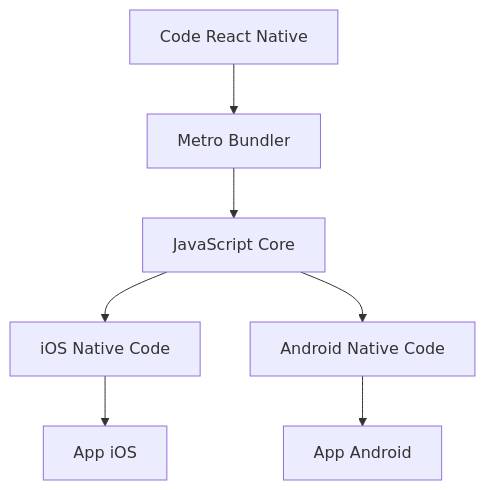
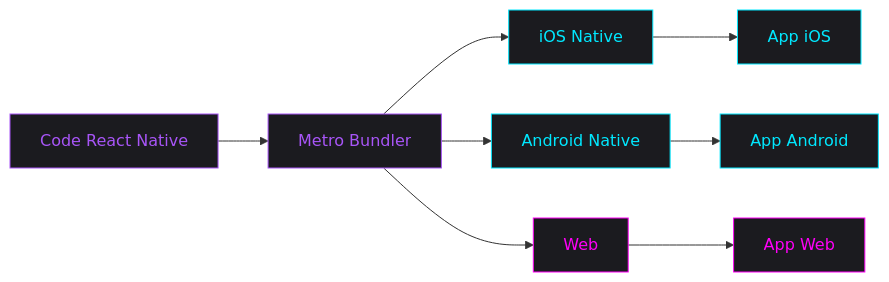
The diagram in slides.md (kimchouard/Universal-Beat-Play---Talk-Slideck), drawn with Mermaid before and after one commit. The commit also changed other lines of this file and 1 other file, not shown here.

Commit message:
Venn Diagram and Code example

````diff
--- a/slides.md
+++ b/slides.md
@@ -191,9 +263,19 @@
 ```mermaid
-graph TD
+graph LR
     A[Code React Native] --> B[Metro Bundler]
-    B --> C[JavaScript Core]
-    C --> D[iOS Native Code]
-    C --> E[Android Native Code]
-    D --> F[App iOS]
-    E --> G[App Android]
+    B --> C[iOS Native]
+    B --> D[Android Native]
+    B --> E[Web]
+    C --> F[App iOS]
+    D --> G[App Android]
+    E --> H[App Web]
+
+    style A fill:#1B1B1F,stroke:#A855F7,color:#A855F7
+    style B fill:#1B1B1F,stroke:#A855F7,color:#A855F7
+    style C fill:#1B1B1F,stroke:#00E8FF,color:#00E8FF
+    style D fill:#1B1B1F,stroke:#00E8FF,color:#00E8FF
+    style E fill:#1B1B1F,stroke:#FF00F7,color:#FF00F7
+    style F fill:#1B1B1F,stroke:#00E8FF,color:#00E8FF
+    style G fill:#1B1B1F,stroke:#00E8FF,color:#00E8FF
+    style H fill:#1B1B1F,stroke:#FF00F7,color:#FF00F7
 ```
````
